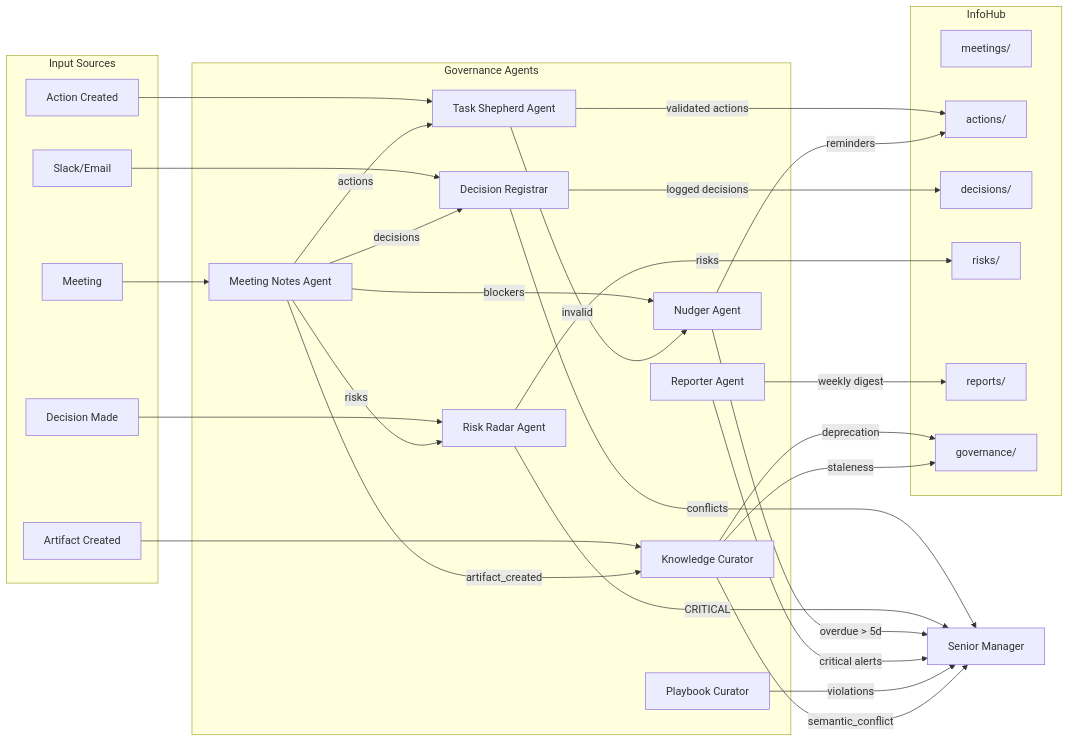
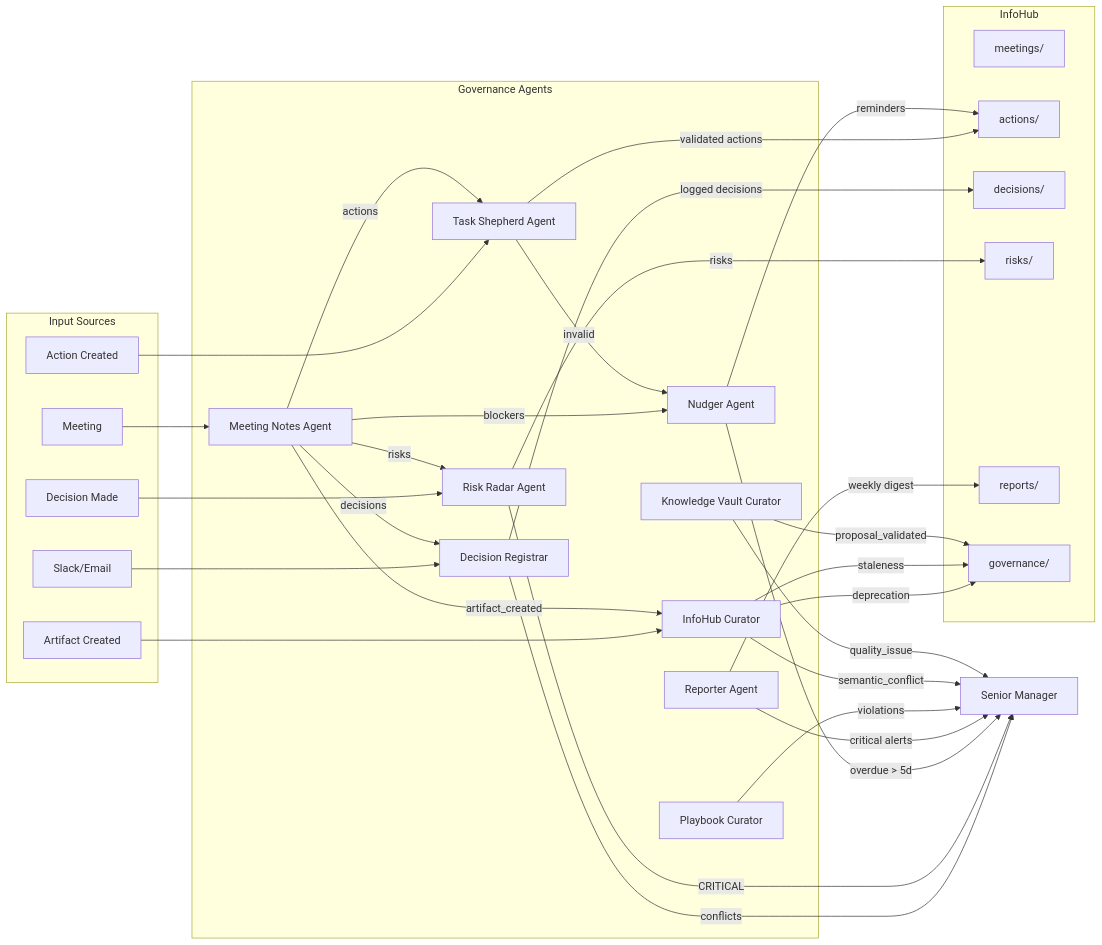
Before and after one commit to franktatjana/ea-agentic-lab: the second of 6 diagrams in docs/architecture/agents/agent-handover-diagram.md, drawn with Mermaid. The commit also changed other lines of this file and 36 other files, not shown here.

First line of the commit message:
Split Knowledge Curator into InfoHub Curator + Knowledge Vault Curator (DDR-015)

````diff
--- a/docs/architecture/agents/agent-handover-diagram.md
+++ b/docs/architecture/agents/agent-handover-diagram.md
@@ -112,65 +112,69 @@
 ```mermaid
 flowchart LR
     subgraph INPUT["Input Sources"]
         MEETING[Meeting]
         SLACK[Slack/Email]
         DECISION[Decision Made]
         ACTION[Action Created]
         ARTIFACT[Artifact Created]
     end
 
     subgraph GOVERNANCE["Governance Agents"]
         MN[Meeting Notes Agent]
         TS[Task Shepherd Agent]
         DR[Decision Registrar]
         RR[Risk Radar Agent]
         NU[Nudger Agent]
         REP[Reporter Agent]
         PC[Playbook Curator]
-        KC[Knowledge Curator]
+        IHC[InfoHub Curator]
+        KVC[Knowledge Vault Curator]
     end
 
     subgraph OUTPUT["InfoHub"]
         MEETINGS_OUT[meetings/]
         ACTIONS_OUT[actions/]
         DECISIONS_OUT[decisions/]
         RISKS_OUT[risks/]
         REPORTS_OUT[reports/]
         GOV_OUT[governance/]
     end
 
     %% Input flows
     MEETING --> MN
     SLACK --> DR
     DECISION --> RR
     ACTION --> TS
-    ARTIFACT --> KC
+    ARTIFACT --> IHC
 
     %% Governance chain
     MN -->|actions| TS
     MN -->|decisions| DR
     MN -->|risks| RR
     MN -->|blockers| NU
-    MN -->|artifact_created| KC
+    MN -->|artifact_created| IHC
 
     TS -->|validated actions| ACTIONS_OUT
     TS -->|invalid| NU
 
     DR -->|logged decisions| DECISIONS_OUT
     DR -->|conflicts| SM[Senior Manager]
 
     RR -->|risks| RISKS_OUT
     RR -->|CRITICAL| SM
 
     NU -->|overdue > 5d| SM
     NU -->|reminders| ACTIONS_OUT
 
     REP -->|weekly digest| REPORTS_OUT
     REP -->|critical alerts| SM
 
     PC -->|violations| SM
 
-    KC -->|semantic_conflict| SM
-    KC -->|deprecation| GOV_OUT
-    KC -->|staleness| GOV_OUT
+    IHC -->|semantic_conflict| SM
+    IHC -->|deprecation| GOV_OUT
+    IHC -->|staleness| GOV_OUT
+
+    KVC -->|proposal_validated| GOV_OUT
+    KVC -->|quality_issue| SM
 ```
````
